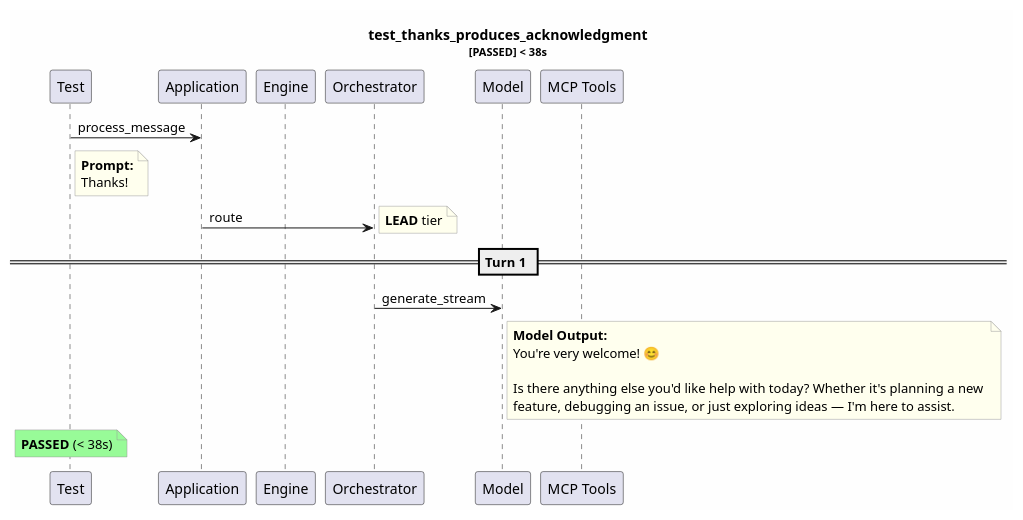
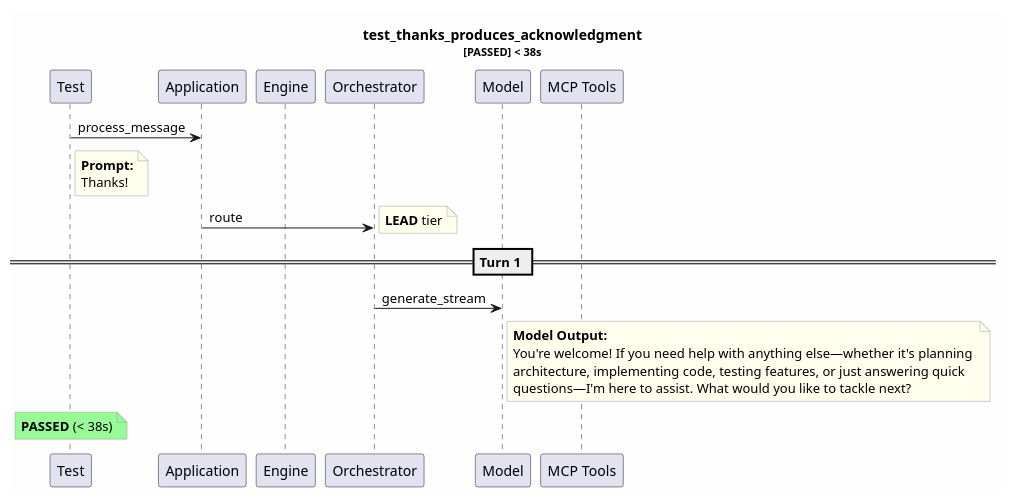
One commit to tvanfossen/entropic changed the diagram in test-reports/logs/test_thanks_produces_acknowledgment/test_thanks_produces_acknowledgment.puml. Above: the diagram before and after it, drawn with PlantUML. The commit also changed 18 other files, not shown here.

```diff
--- a/test-reports/logs/test_thanks_produces_acknowledgment/test_thanks_produces_acknowledgment.puml
+++ b/test-reports/logs/test_thanks_produces_acknowledgment/test_thanks_produces_acknowledgment.puml
@@ -1,34 +1,33 @@
 @startuml
 skinparam backgroundColor #FEFEFE
 skinparam noteBorderColor #999999
 skinparam noteBackgroundColor #FFFFEE
 title test_thanks_produces_acknowledgment\n<size:11>[PASSED] < 38s</size>
 
 participant "Test" as T
 participant "Application" as App
 participant "Engine" as Eng
 participant "Orchestrator" as Orch
 participant "Model" as Mdl
 participant "MCP Tools" as MCP
 
 T -> App: process_message
 note right of T
   **Prompt:**
   Thanks!
 end note
 App -> Orch: route
 note right: **LEAD** tier
 == Turn 1 ==
 Orch -> Mdl: generate_stream
 note right of Mdl
   **Model Output:**
-  You're very welcome! 😊
-  
-  Is there anything else you'd like help with today? Whether it's planning a new 
-  feature, debugging an issue, or just exploring ideas — I'm here to assist.
+  You're welcome! If you need help with anything else—whether it's planning 
+  architecture, implementing code, testing features, or just answering quick 
+  questions—I'm here to assist. What would you like to tackle next?
 end note
 note over T #palegreen
   **PASSED** (< 38s)
 end note
 
 @enduml
```
